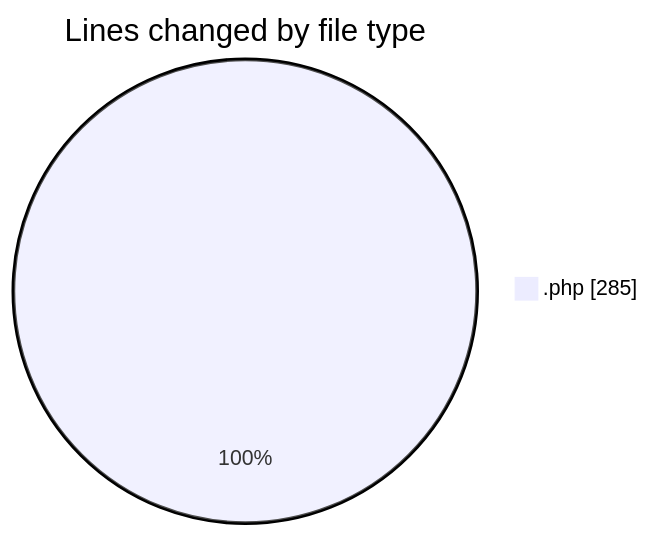
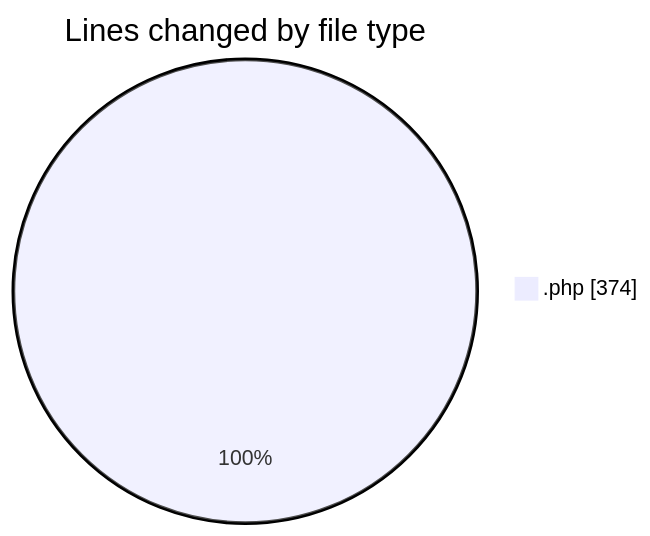
One commit to idhammustaqopulfikri/code-tracking changed the first of 2 diagrams in 2025-05-28/studio-backend/README.md. Above: the diagram before and after it, drawn with Mermaid. The commit also changed other lines of this file and 1 other file, not shown here.

````diff
--- a/2025-05-28/studio-backend/README.md
+++ b/2025-05-28/studio-backend/README.md
@@ -24,5 +25,5 @@
 ```mermaid
 pie showData
 title Lines changed by file type
-".php" : 285
+".php" : 374
 ```
````
